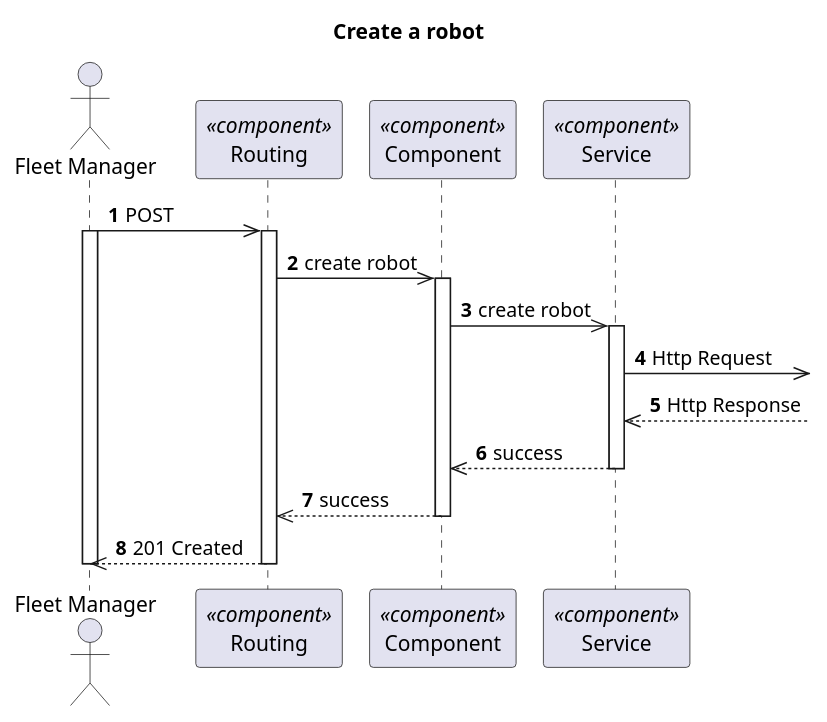
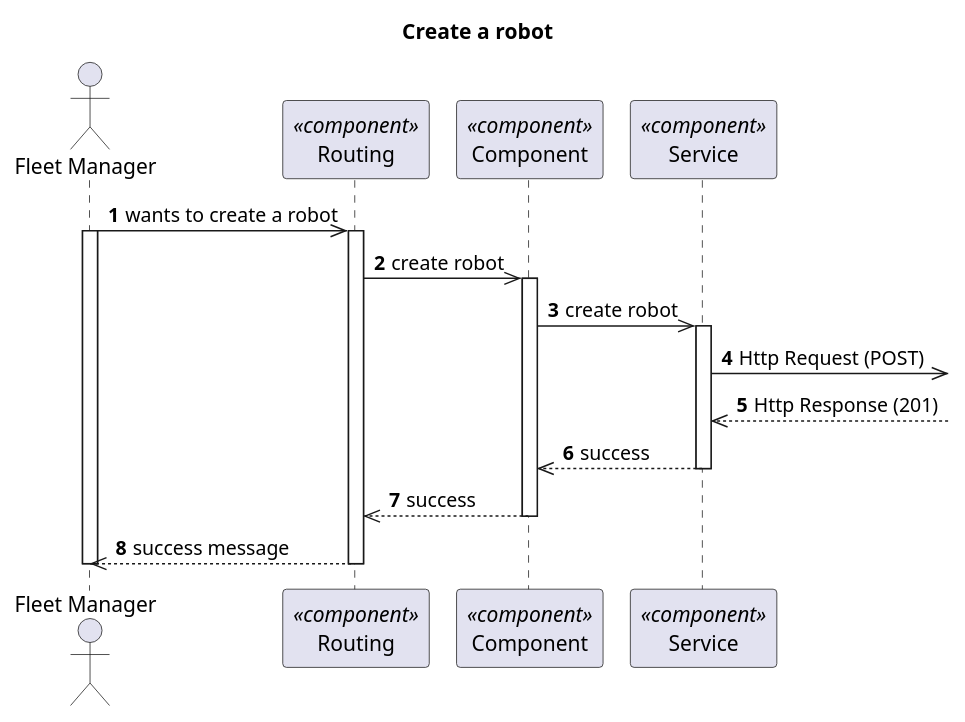
One commit to 1210910/lapr5 changed the diagram in docs/VistaProcesso/US360(1010)/Visualization/ProcessView_Level3_US1010.puml. Above: the diagram before and after it, drawn with PlantUML. The commit also changed 13 other files, not shown here.

Commit message:
Diagrams fix (last commit bug)

```diff
--- a/docs/VistaProcesso/US360(1010)/Visualization/ProcessView_Level3_US1010.puml
+++ b/docs/VistaProcesso/US360(1010)/Visualization/ProcessView_Level3_US1010.puml
@@ -1,35 +1,35 @@
 @startuml Process View - Level 3 - Create a robot
 
 autonumber
 skinparam packageStyle rect
 
 title Create a robot
 
 actor "Fleet Manager" as FM
 participant "Routing" as routing <<component>>
 participant "Component" as comp <<component>>
 participant "Service" as service <<component>>
 
-FM->> routing : POST
+FM->> routing : wants to create a robot
 activate FM
 activate routing
 routing ->> comp : create robot
 
 activate comp
 comp ->> service : create robot
 
 activate service
-service ->> : Http Request
-service <<-- : Http Response
+service ->> : Http Request (POST)
+service <<-- : Http Response (201)
 
 service -->> comp : success
 deactivate service
 
 comp -->> routing : success
 deactivate comp
 
-FM<<-- routing : 201 Created
+FM<<-- routing : success message
 deactivate routing
 deactivate FM
 
 @enduml
```
